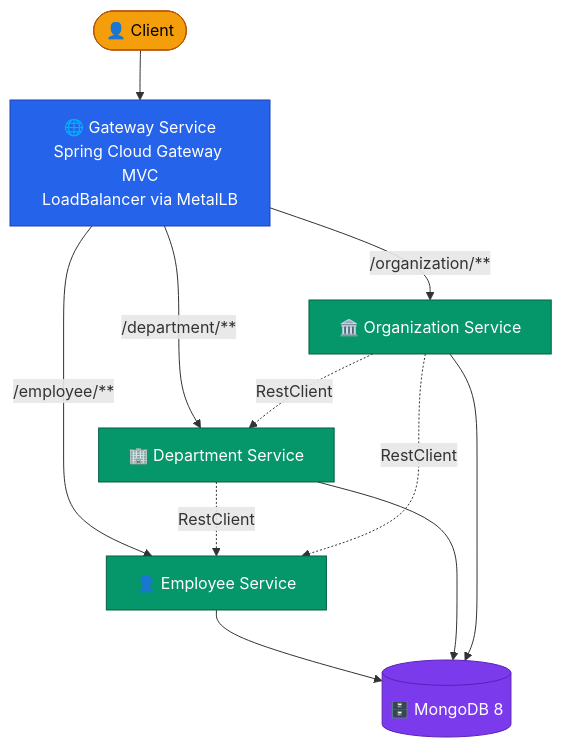
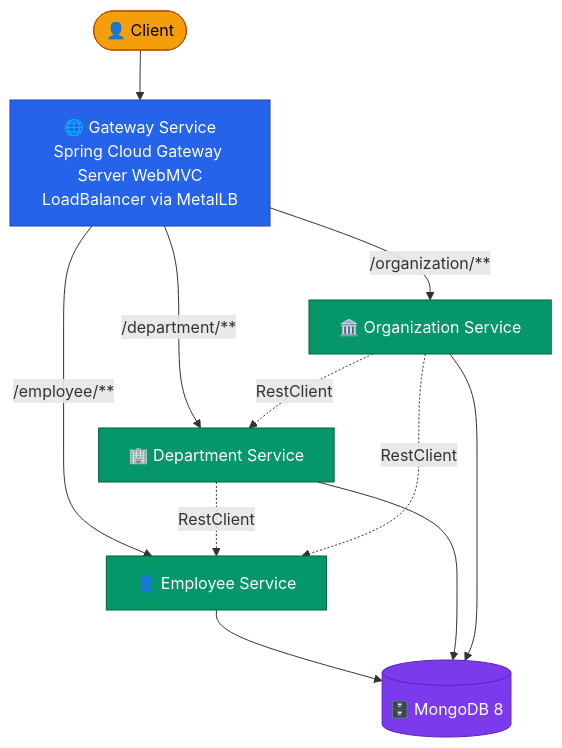
The diagram in README.md (AndriyKalashnykov/spring-microservices-k8s), drawn with Mermaid before and after one commit. The commit also changed other lines of this file and 2 other files, not shown here.

````diff
--- a/README.md
+++ b/README.md
@@ -26,36 +26,36 @@
 ```mermaid
 %% No `init` block: lets GitHub auto-switch between Mermaid's default
 %% (light) and dark themes based on the viewer's GitHub theme. Custom
 %% classDef brand colors below override the theme for nodes and stay
 %% readable on both backgrounds (saturated mid-tones with forced text
 %% color). Edge labels are rendered by the stock Mermaid theme so they
 %% adapt automatically and don't disappear on dark mode.
 graph TB
-    Client([👤 Client]):::client --> Gateway[🌐 Gateway Service<br/>Spring Cloud Gateway MVC<br/>LoadBalancer via MetalLB]
+    Client([👤 Client]):::client --> Gateway[🌐 Gateway Service<br/>Spring Cloud Gateway Server WebMVC<br/>LoadBalancer via MetalLB]
 
     Gateway -->|/employee/**| Employee[👤 Employee Service]
     Gateway -->|/department/**| Department[🏢 Department Service]
     Gateway -->|/organization/**| Organization[🏛️ Organization Service]
 
     Department -.->|RestClient| Employee
     Organization -.->|RestClient| Employee
     Organization -.->|RestClient| Department
 
     Employee --> MongoDB[(🗄️ MongoDB 8)]
     Department --> MongoDB
     Organization --> MongoDB
 
     %% Theme-adaptive palette: saturated brand colors with explicit text
     %% colors so contrast holds on both white and #0d1117 backgrounds.
     %% Amber uses black text (7.4:1 vs amber-500), the rest use white text
     %% on Tailwind-600 fills (4.3-4.6:1, passes WCAG AA for large text).
     classDef client fill:#f59e0b,stroke:#b45309,color:#000000
     classDef gateway fill:#2563eb,stroke:#1e40af,color:#ffffff
     classDef service fill:#059669,stroke:#065f46,color:#ffffff
     classDef db fill:#7c3aed,stroke:#5b21b6,color:#ffffff
 
     class Client client
     class Gateway gateway
     class Employee,Department,Organization service
     class MongoDB db
 ```
````
